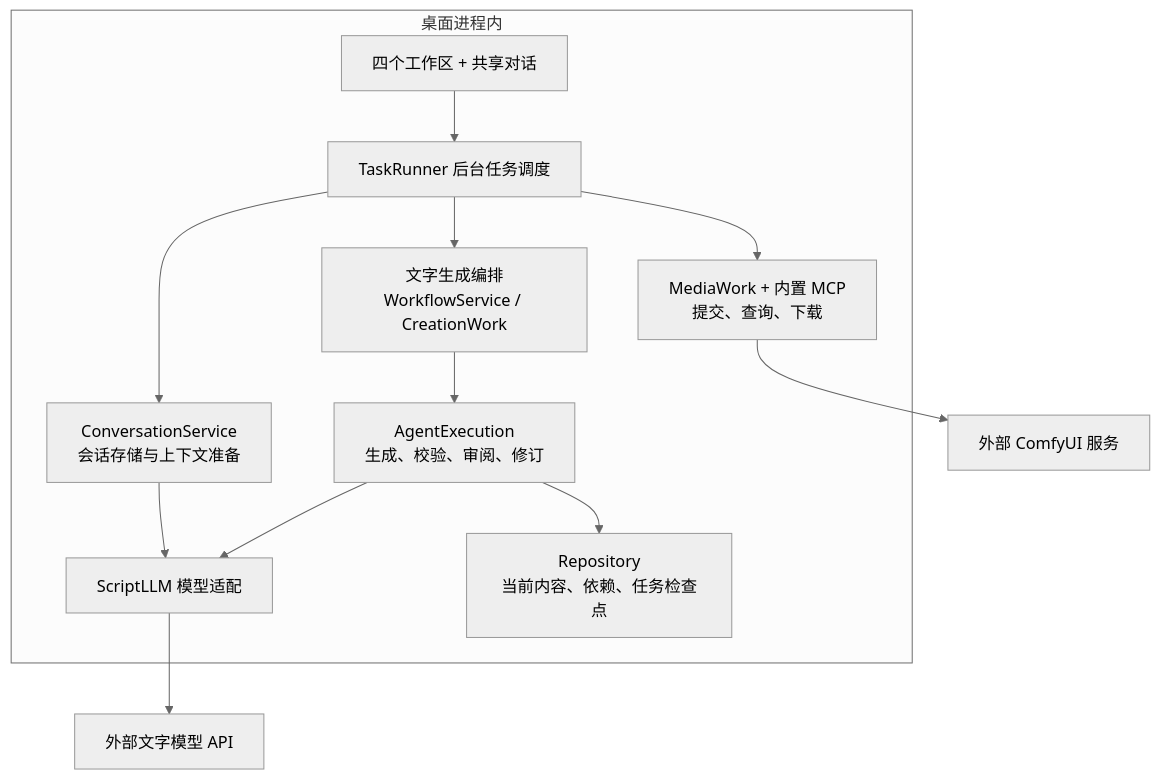
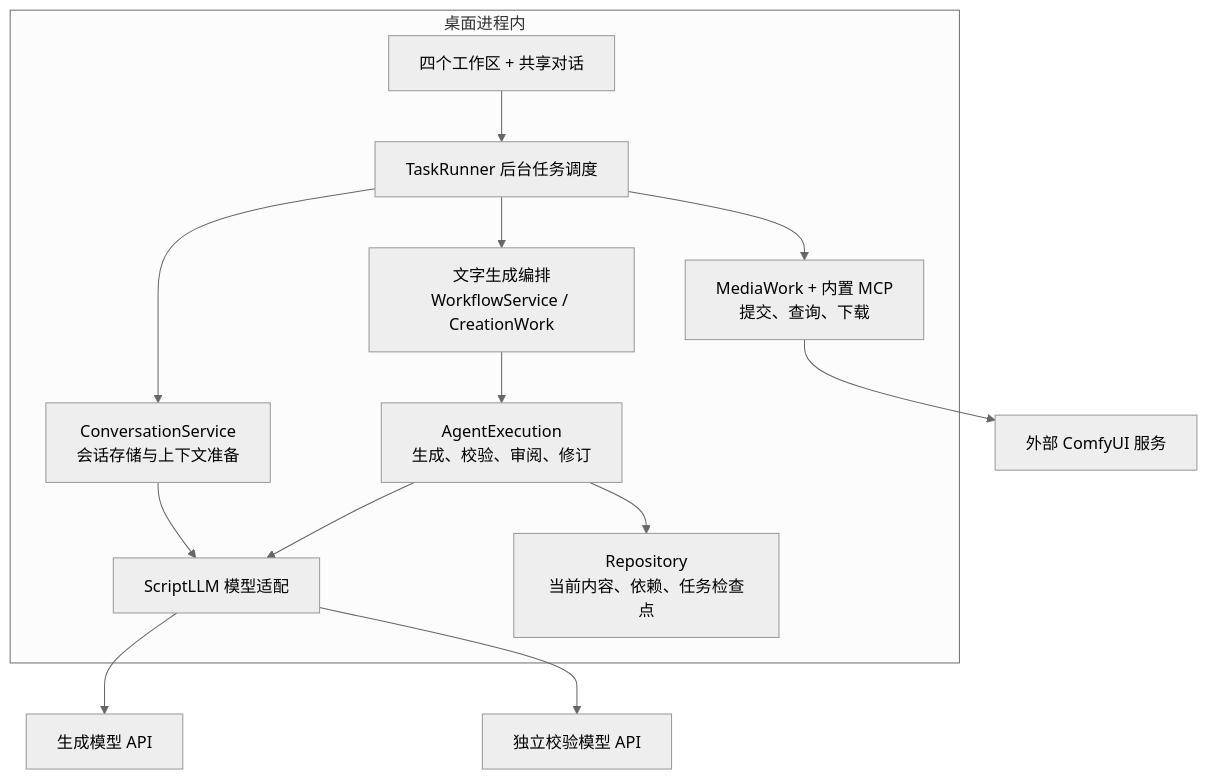
One commit to thisHobart/NovelWriter changed the first of 3 diagrams in docs/short_video/architecture.md. Above: the diagram before and after it, drawn with Mermaid (neutral theme). The commit also changed other lines of this file and 19 other files, not shown here.

Commit message:
feat(short-video): add independent review model and single revision

````diff
--- a/docs/short_video/architecture.md
+++ b/docs/short_video/architecture.md
@@ -10,15 +10,16 @@
 ```mermaid
 flowchart TB
     subgraph APP[桌面进程内]
         UI[四个工作区 + 共享对话] --> TASK[TaskRunner 后台任务调度]
         TASK --> TEXT[文字生成编排<br/>WorkflowService / CreationWork]
         TEXT --> LOOP[AgentExecution<br/>生成、校验、审阅、修订]
         LOOP --> MODEL[ScriptLLM 模型适配]
         LOOP --> STORE[Repository<br/>当前内容、依赖、任务检查点]
         TASK --> CHAT[ConversationService<br/>会话存储与上下文准备]
         CHAT --> MODEL
         TASK --> MEDIA[MediaWork + 内置 MCP<br/>提交、查询、下载]
     end
-    MODEL --> LLM[外部文字模型 API]
+    MODEL --> LLM[生成模型 API]
+    MODEL --> REVIEW[独立校验模型 API]
     MEDIA --> COMFY[外部 ComfyUI 服务]
 ```
````
